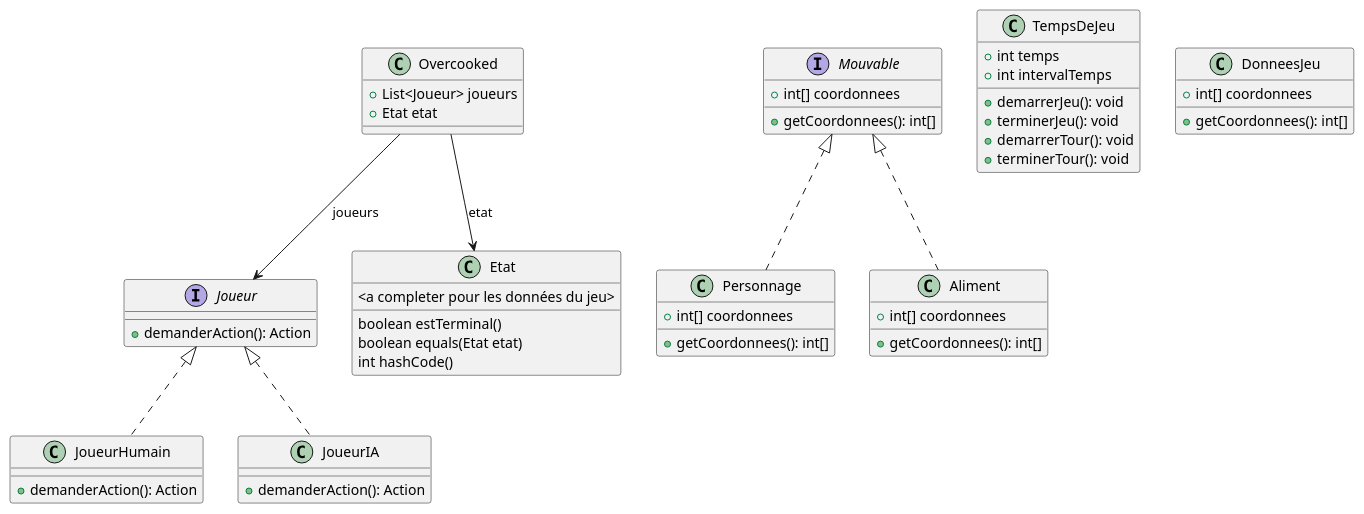
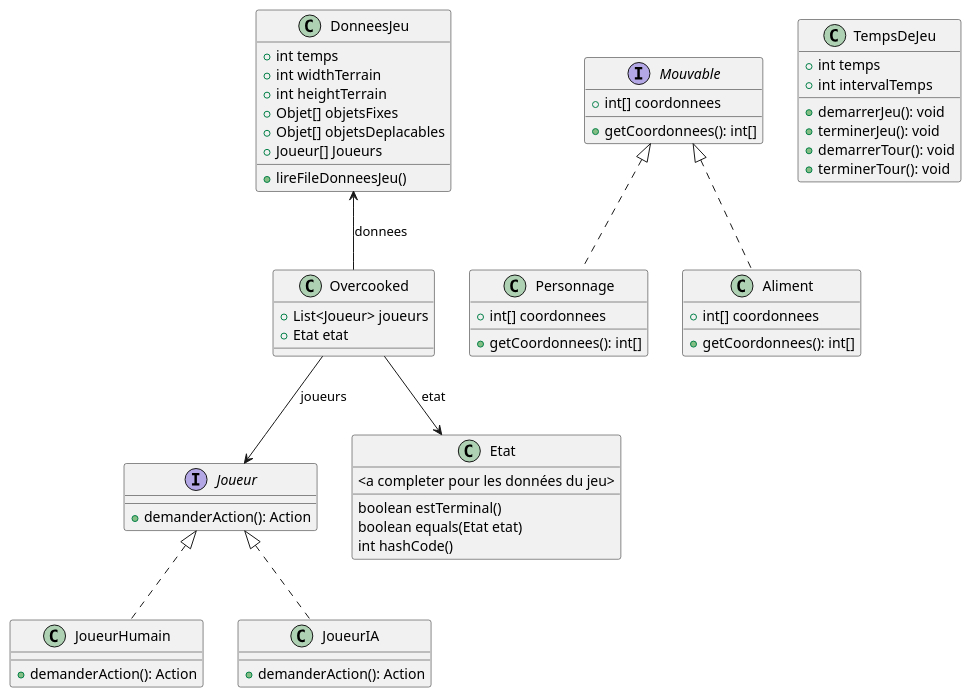
The diagram in assets/DiagClassNonIA.puml (ThomasRbn/PTUT_BERNARD_ROBINEAU_ROUYER_RUSSO), drawn with PlantUML before and after one commit.

Commit message:
Ajout de la classe DonneesJeu qui se charge de stocker toutes les données essentielles d'une partie en cours

```diff
--- a/assets/DiagClassNonIA.puml
+++ b/assets/DiagClassNonIA.puml
@@ -1,62 +1,68 @@
 @startuml
 'https://plantuml.com/class-diagram
 
 class Overcooked {
     + List<Joueur> joueurs
     + Etat etat
 }
 
 "Overcooked" --> "Joueur" : "joueurs"
 "Overcooked" --> "Etat" : "etat"
 
 interface Mouvable {
     + int[] coordonnees
     + getCoordonnees(): int[]
 }
 
 interface Joueur {
     + demanderAction(): Action
 }
 
 class JoueurHumain implements Joueur {
     + demanderAction(): Action
 }
 
 class JoueurIA implements Joueur {
     + demanderAction(): Action
 }
 
 class Personnage implements Mouvable {
     + int[] coordonnees
     + getCoordonnees(): int[]
 }
 
 class Aliment implements Mouvable {
     + int[] coordonnees
     + getCoordonnees(): int[]
 }
 
 class TempsDeJeu {
     + int temps
     + int intervalTemps
     + demarrerJeu(): void
     + terminerJeu(): void
     + demarrerTour(): void
     + terminerTour(): void
 }
 
 class Etat{
     <a completer pour les données du jeu>
     boolean estTerminal()
     boolean equals(Etat etat)
     int hashCode()
 }
 
 class DonneesJeu {
-    + int[] coordonnees
-    + getCoordonnees(): int[]
+    + int temps
+    + int widthTerrain
+    + int heightTerrain
+    + Objet[] objetsFixes
+    + Objet[] objetsDeplacables
+    + Joueur[] Joueurs
+    + lireFileDonneesJeu()
 }
+"DonneesJeu" <-- "Overcooked" : "donnees"
 
 
 
 @enduml
```
